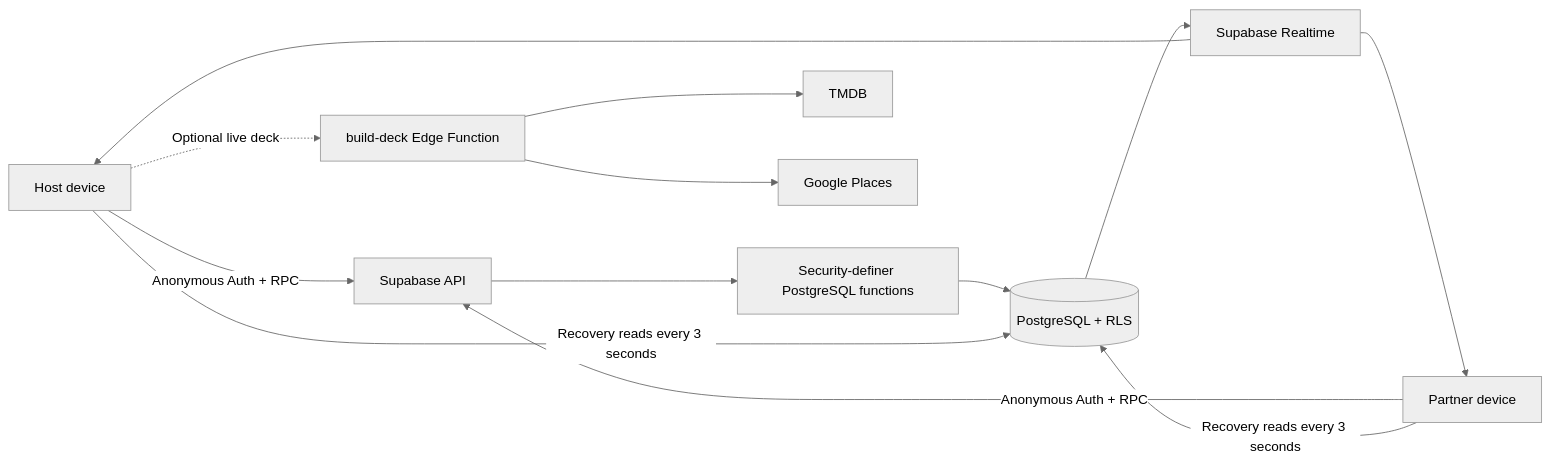
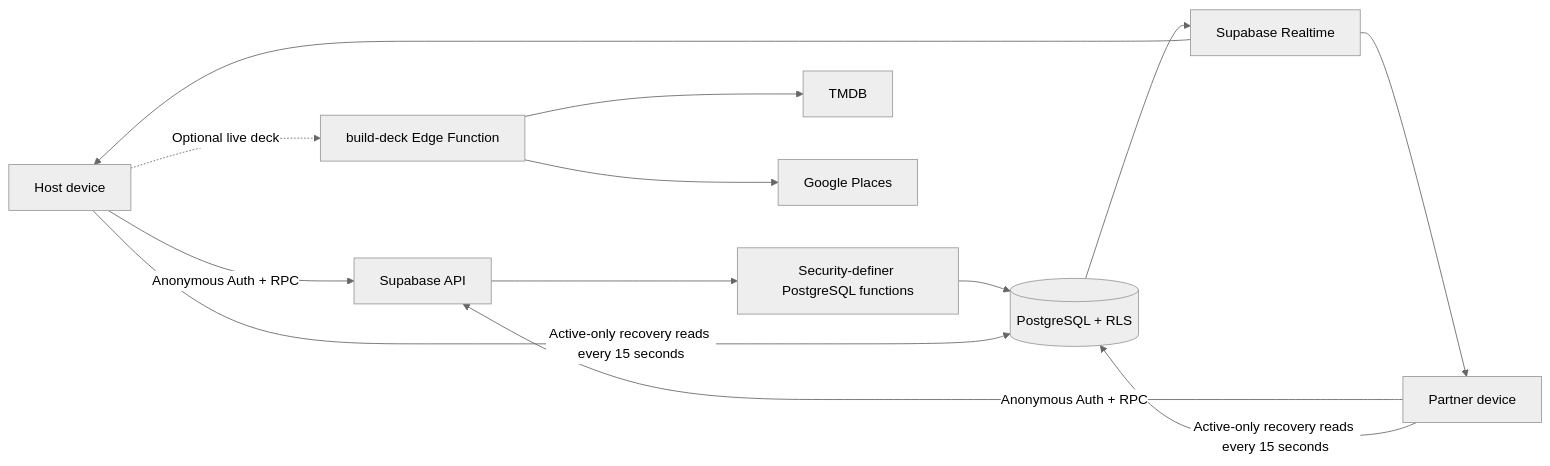
Before and after one commit to pa-mi-su/choosr-platform: the diagram in README.md, drawn with Mermaid (neutral theme). The commit also changed other lines of this file and 9 other files, not shown here.

````diff
--- a/README.md
+++ b/README.md
@@ -63,15 +66,15 @@
 ```mermaid
 flowchart LR
     Host["Host device"] -->|"Anonymous Auth + RPC"| API["Supabase API"]
     Partner["Partner device"] -->|"Anonymous Auth + RPC"| API
     API --> RPC["Security-definer PostgreSQL functions"]
     RPC --> DB[("PostgreSQL + RLS")]
     DB --> RT["Supabase Realtime"]
     RT --> Host
     RT --> Partner
-    Host -->|"Recovery reads every 3 seconds"| DB
-    Partner -->|"Recovery reads every 3 seconds"| DB
+    Host -->|"Active-only recovery reads every 15 seconds"| DB
+    Partner -->|"Active-only recovery reads every 15 seconds"| DB
     Host -.->|"Optional live deck"| Edge["build-deck Edge Function"]
     Edge --> TMDB["TMDB"]
     Edge --> Places["Google Places"]
 ```
````
